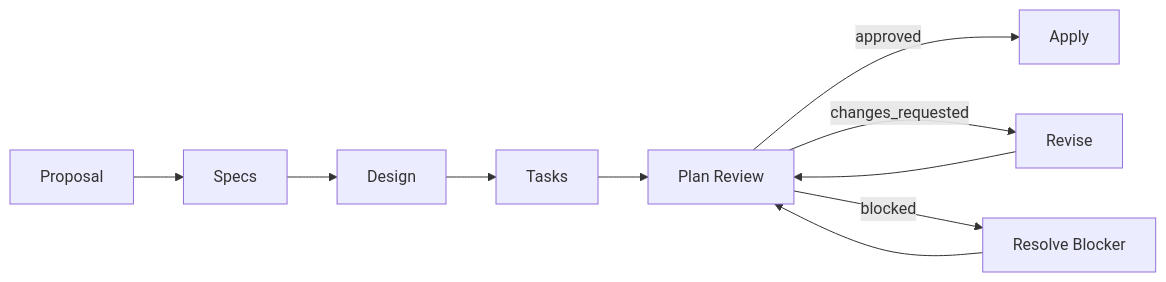
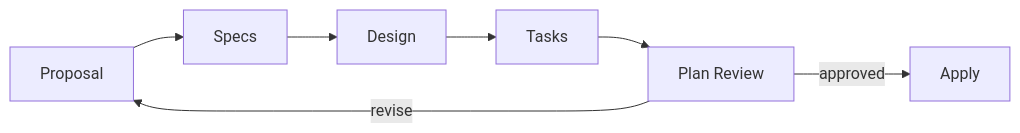
Before and after one commit to mols3131d/hmda-data-reliability: the diagram in openspec/schemas/spec-driven-tdd/README.md, drawn with Mermaid. The commit also changed other lines of this file, not shown here.

````diff
--- a/openspec/schemas/spec-driven-tdd/README.md
+++ b/openspec/schemas/spec-driven-tdd/README.md
@@ -7,12 +5,9 @@
 ```mermaid
 flowchart LR
     P[Proposal] --> S[Specs]
     S --> D[Design]
     D --> T[Tasks]
     T --> R[Plan Review]
     R -->|approved| A[Apply]
-    R -->|changes_requested| U[Revise]
-    U --> R
-    R -->|blocked| B[Resolve Blocker]
-    B --> R
+    R -->|revise| P
 ```
````
